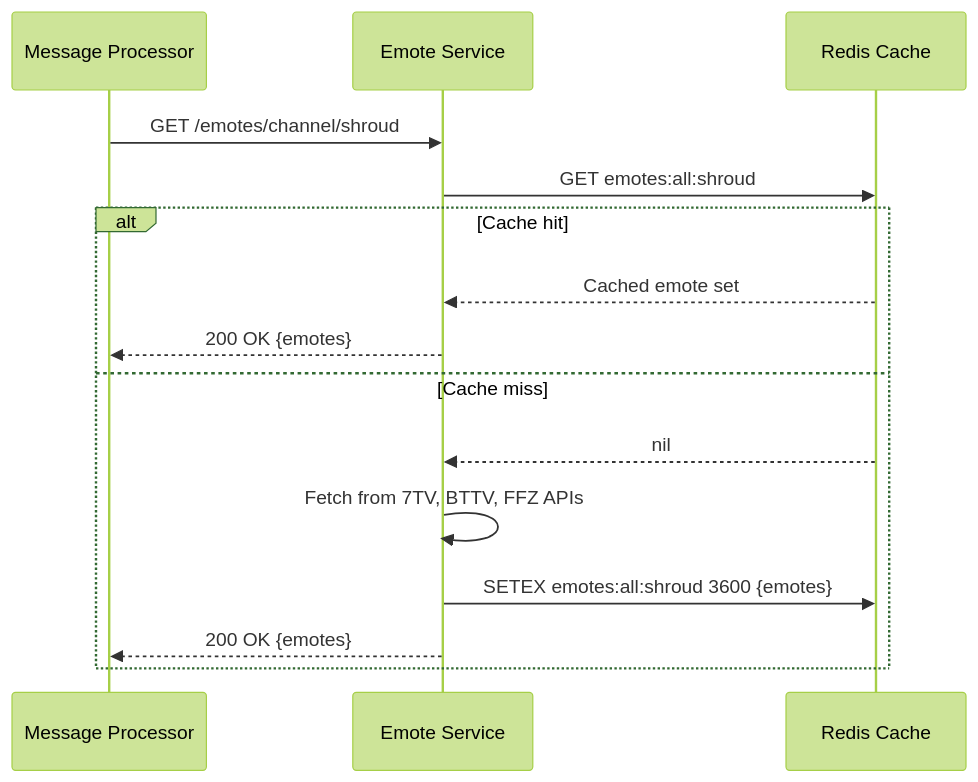
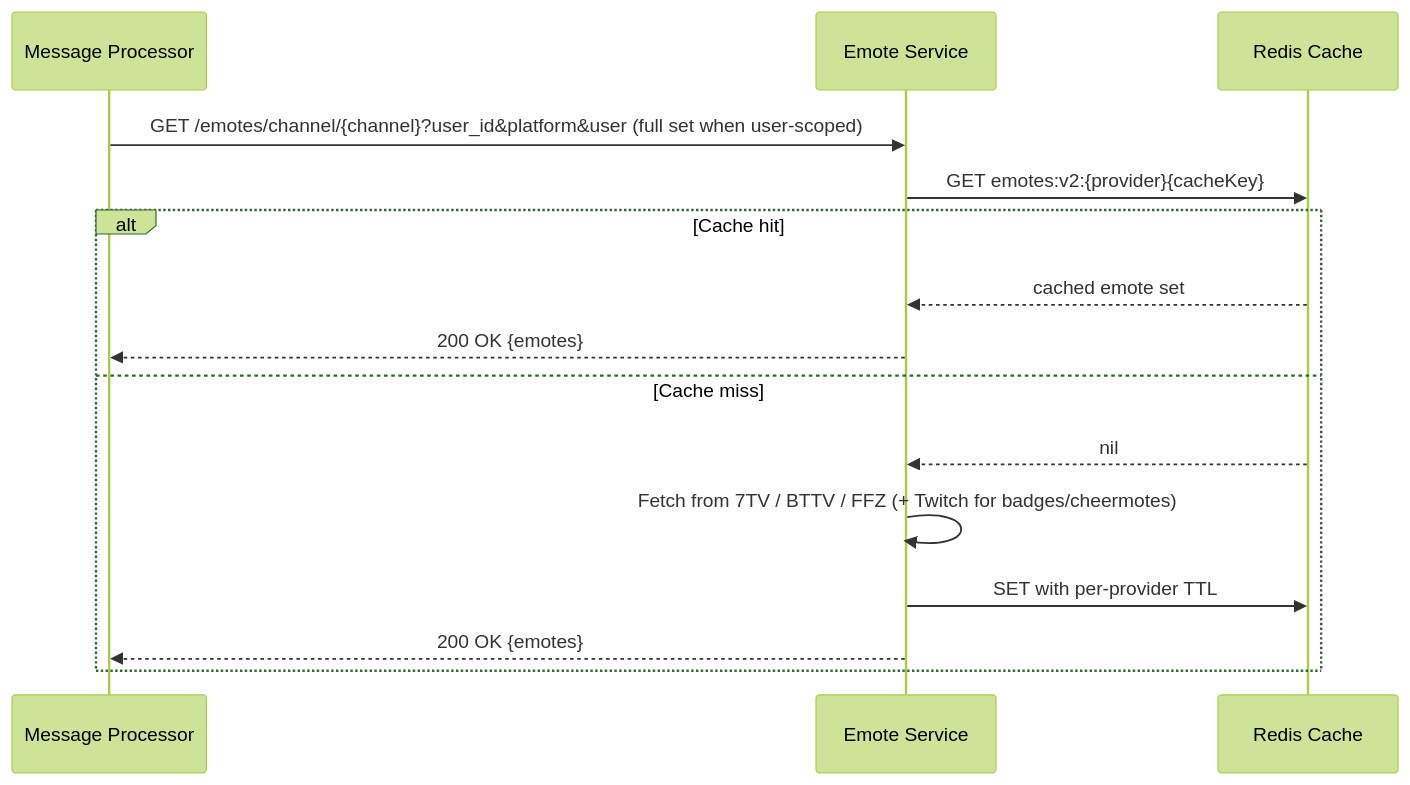
One commit to caesarakalaeii/all-chat changed the fourth of 5 diagrams in docs/architecture/01-DATA-FLOW.md. Above: the diagram before and after it, drawn with Mermaid (forest theme). The commit also changed other lines of this file and 10 other files, not shown here.

First line of the commit message:
docs(architecture): bring the architecture docs in line with the running system

````diff
--- a/docs/architecture/01-DATA-FLOW.md
+++ b/docs/architecture/01-DATA-FLOW.md
@@ -662,18 +455,18 @@
 ```mermaid
 sequenceDiagram
     participant MP as Message Processor
     participant ES as Emote Service
     participant Redis as Redis Cache
 
-    MP->>ES: GET /emotes/channel/shroud
-    ES->>Redis: GET emotes:all:shroud
+    MP->>ES: GET /emotes/channel/{channel}?user_id&platform&user (full set when user-scoped)
+    ES->>Redis: GET emotes:v2:{provider}{cacheKey}
     alt Cache hit
-        Redis-->>ES: Cached emote set
+        Redis-->>ES: cached emote set
         ES-->>MP: 200 OK {emotes}
     else Cache miss
         Redis-->>ES: nil
-        ES->>ES: Fetch from 7TV, BTTV, FFZ APIs
-        ES->>Redis: SETEX emotes:all:shroud 3600 {emotes}
+        ES->>ES: Fetch from 7TV / BTTV / FFZ (+ Twitch for badges/cheermotes)
+        ES->>Redis: SET with per-provider TTL
         ES-->>MP: 200 OK {emotes}
     end
 ```
````
